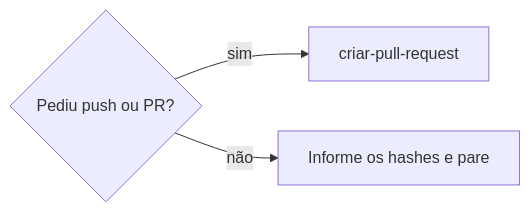
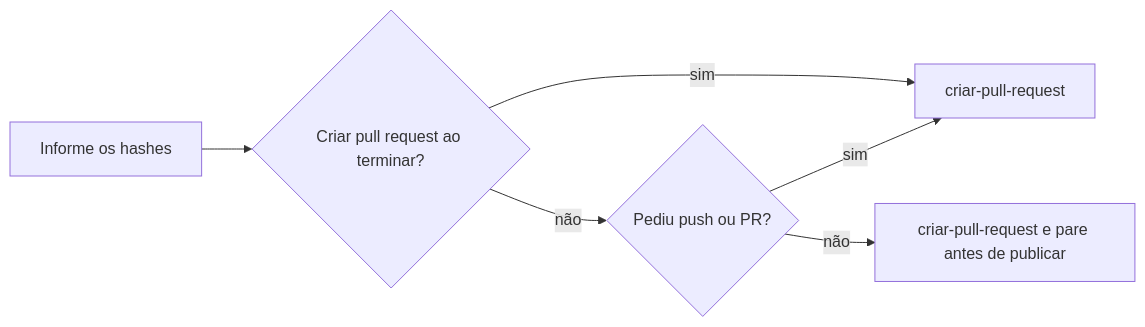
Before and after one commit to jimmyandrade/harness: the second of 2 diagrams in .agents/skills/criar-commit/SKILL.md, drawn with Mermaid. The commit also changed other lines of this file and 9 other files, not shown here.

````diff
--- a/.agents/skills/criar-commit/SKILL.md
+++ b/.agents/skills/criar-commit/SKILL.md
@@ -69,5 +72,8 @@
 ```mermaid
 flowchart LR
-  A{Pediu push ou PR?} -->|sim| B[criar-pull-request]
-  A -->|não| C[Informe os hashes e pare]
+  H[Informe os hashes] --> P{Criar pull request ao terminar?}
+  P -->|sim| B[criar-pull-request]
+  P -->|não| A{Pediu push ou PR?}
+  A -->|sim| B
+  A -->|não| C[criar-pull-request e pare antes de publicar]
 ```
````
